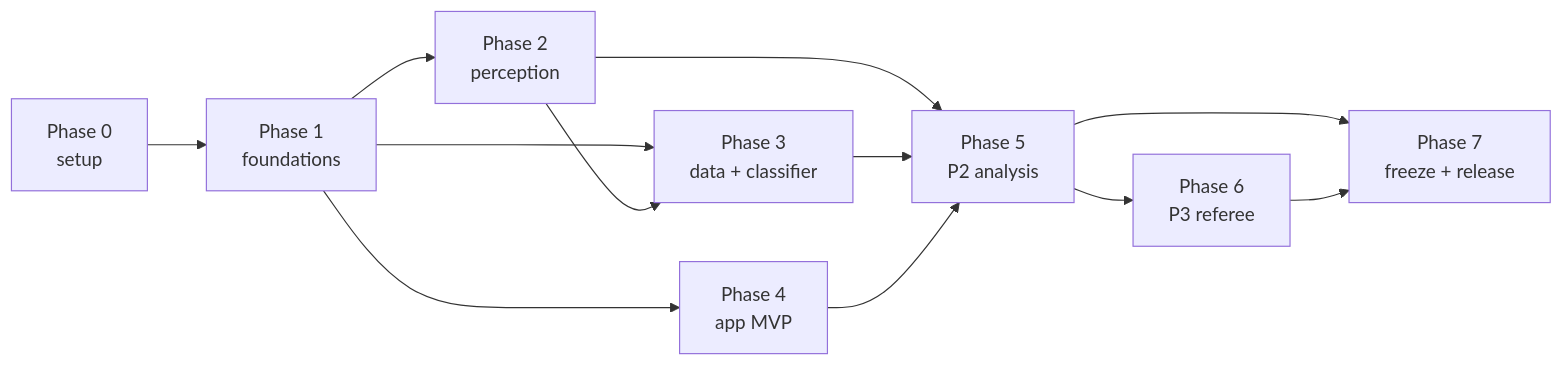
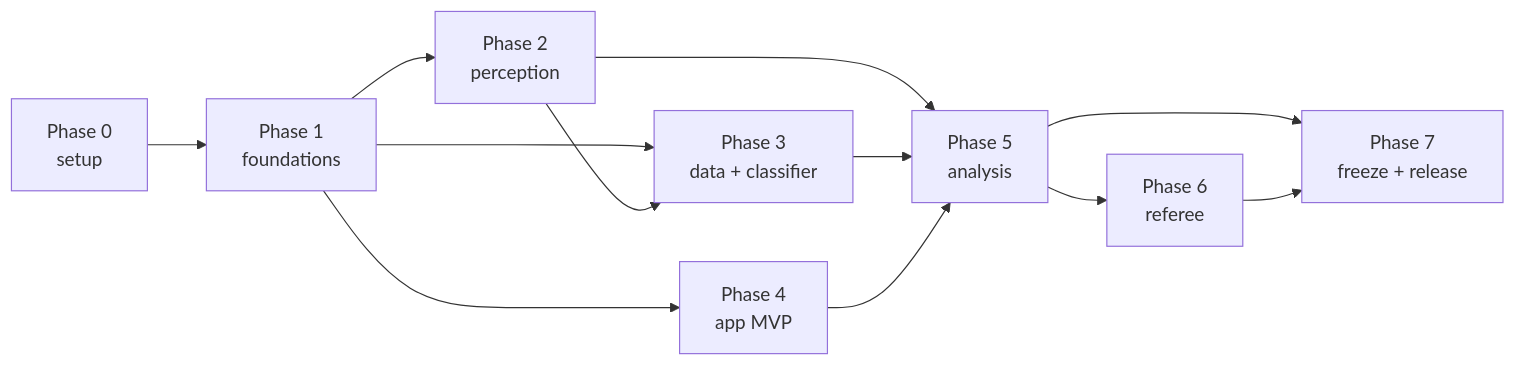
The second of 3 diagrams in docs/PHASES.md (Mist10148/ShuttleSense), drawn with Mermaid before and after one commit. The commit also changed other lines of this file and 2 other files, not shown here.

Commit message:
docs: restructure phase plan into an overview and per-phase files

````diff
--- a/docs/PHASES.md
+++ b/docs/PHASES.md
@@ -22,14 +82,14 @@
 ```mermaid
 flowchart LR
     P0[Phase 0<br/>setup] --> P1[Phase 1<br/>foundations]
     P1 --> P2[Phase 2<br/>perception]
     P1 --> P3[Phase 3<br/>data + classifier]
     P1 --> P4[Phase 4<br/>app MVP]
     P2 --> P3
-    P2 --> P5[Phase 5<br/>P2 analysis]
+    P2 --> P5[Phase 5<br/>analysis]
     P3 --> P5
     P4 --> P5
-    P5 --> P6[Phase 6<br/>P3 referee]
+    P5 --> P6[Phase 6<br/>referee]
     P5 --> P7[Phase 7<br/>freeze + release]
     P6 --> P7
 ```
````
